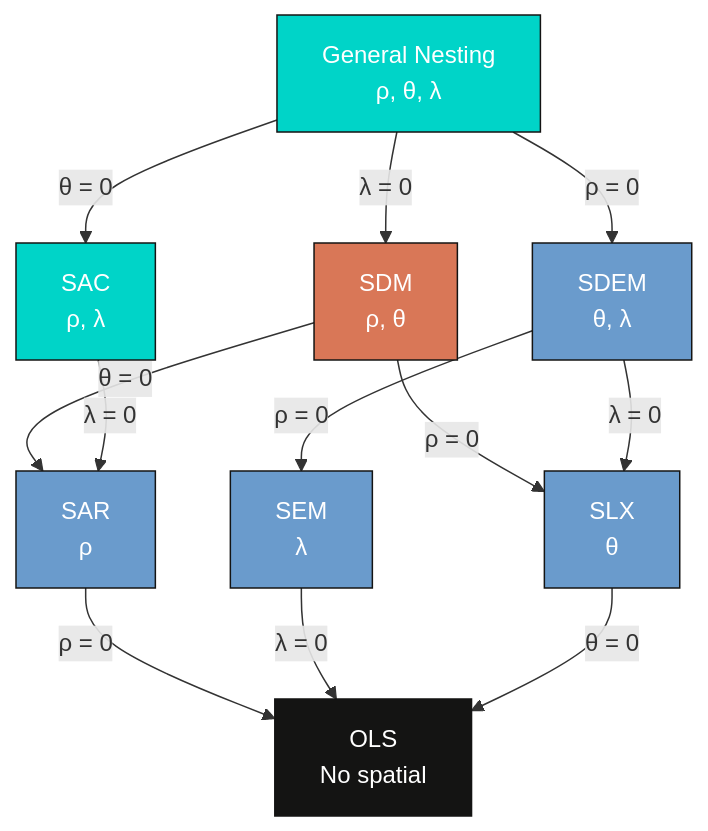
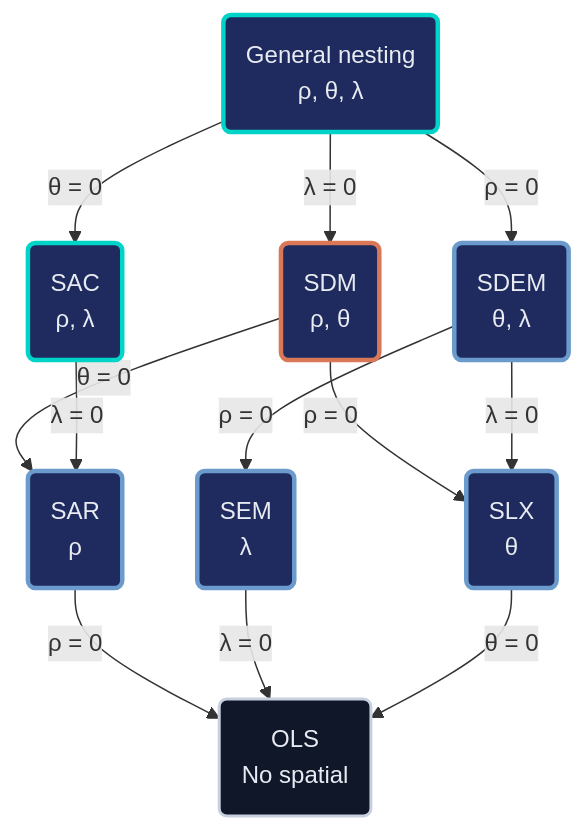
One commit to cmg777/starter-academic-v501 changed the second of 2 diagrams in content/post/r_SDPDmod/tutorial.qmd. Above: the diagram before and after it, drawn with Mermaid. The commit also changed other lines of this file and 42 other files, not shown here.

First line of the commit message:
content(mermaid): restyle Mermaid copies in tutorial sources and the LaLonde slide deck

````diff
--- a/content/post/r_SDPDmod/tutorial.qmd
+++ b/content/post/r_SDPDmod/tutorial.qmd
@@ -316,23 +315,22 @@
 ```{mermaid}
 graph TD
-    GNS["General Nesting<br/>ρ, θ, λ"] -->|"λ = 0"| SDM["SDM<br/>ρ, θ"]
-    GNS -->|"θ = 0"| SAC["SAC<br/>ρ, λ"]
-    GNS -->|"ρ = 0"| SDEM["SDEM<br/>θ, λ"]
-    SDM -->|"θ = 0"| SAR["SAR<br/>ρ"]
-    SDM -->|"ρ = 0"| SLX["SLX<br/>θ"]
+    GNS("General nesting<br/>ρ, θ, λ") -->|"λ = 0"| SDM("SDM<br/>ρ, θ")
+    GNS -->|"θ = 0"| SAC("SAC<br/>ρ, λ")
+    GNS -->|"ρ = 0"| SDEM("SDEM<br/>θ, λ")
+    SDM -->|"θ = 0"| SAR("SAR<br/>ρ")
+    SDM -->|"ρ = 0"| SLX("SLX<br/>θ")
     SAC -->|"λ = 0"| SAR
-    SDEM -->|"ρ = 0"| SEM["SEM<br/>λ"]
+    SDEM -->|"ρ = 0"| SEM("SEM<br/>λ")
     SDEM -->|"λ = 0"| SLX
-    SAR -->|"ρ = 0"| OLS["OLS<br/>No spatial"]
+    SAR -->|"ρ = 0"| OLS("OLS<br/>No spatial")
     SEM -->|"λ = 0"| OLS
     SLX -->|"θ = 0"| OLS
-
-    style SDM fill:#d97757,stroke:#141413,color:#fff
-    style SAR fill:#6a9bcc,stroke:#141413,color:#fff
-    style SEM fill:#6a9bcc,stroke:#141413,color:#fff
-    style SDEM fill:#6a9bcc,stroke:#141413,color:#fff
-    style SLX fill:#6a9bcc,stroke:#141413,color:#fff
-    style OLS fill:#141413,stroke:#141413,color:#fff
-    style GNS fill:#00d4c8,stroke:#141413,color:#fff
-    style SAC fill:#00d4c8,stroke:#141413,color:#fff
+    classDef teal fill:#1f2b5e,stroke:#00d4c8,stroke-width:3px,color:#e8ecf2
+    classDef orange fill:#1f2b5e,stroke:#d97757,stroke-width:3px,color:#e8ecf2
+    classDef blue fill:#1f2b5e,stroke:#6a9bcc,stroke-width:3px,color:#e8ecf2
+    classDef anchor fill:#0f1729,stroke:#c8d0e0,stroke-width:2px,color:#e8ecf2
+    class GNS,SAC teal
+    class SDM orange
+    class SDEM,SAR,SLX,SEM blue
+    class OLS anchor
 ```
````
